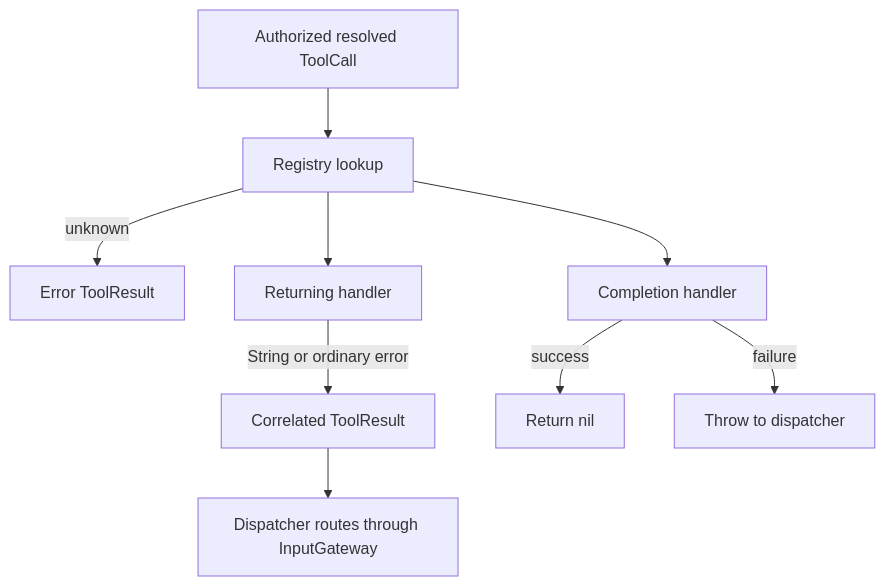
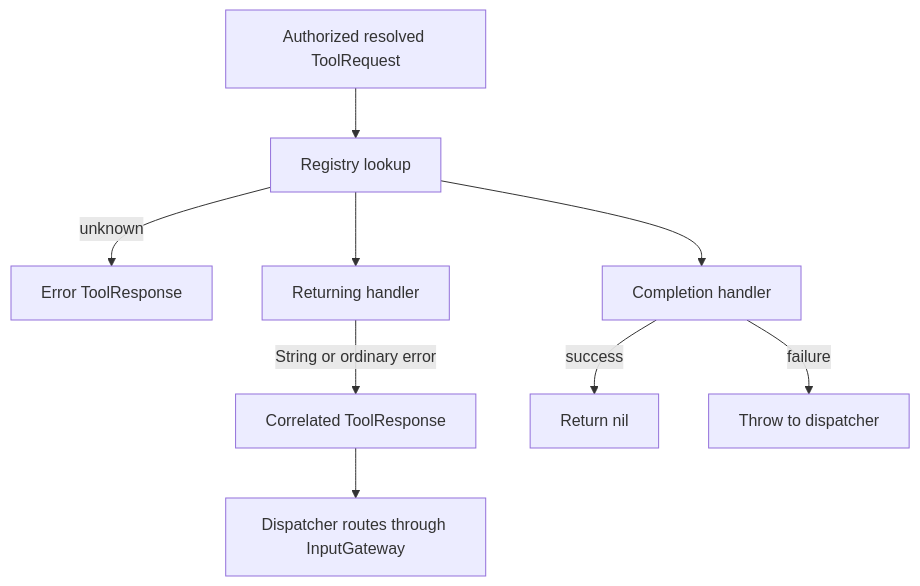
The second of 2 diagrams in MobileHarness/Tools/Runtime/README.md (devilyouwei/MobileHarness), drawn with Mermaid before and after one commit. The commit also changed other lines of this file and 124 other files, not shown here.

````diff
--- a/MobileHarness/Tools/Runtime/README.md
+++ b/MobileHarness/Tools/Runtime/README.md
@@ -32,11 +32,11 @@
 ```mermaid
 flowchart TD
-    Call[Authorized resolved ToolCall] --> Lookup[Registry lookup]
-    Lookup -->|unknown| Error[Error ToolResult]
+    Call[Authorized resolved ToolRequest] --> Lookup[Registry lookup]
+    Lookup -->|unknown| Error[Error ToolResponse]
     Lookup --> Returning[Returning handler]
     Lookup --> Completion[Completion handler]
-    Returning -->|String or ordinary error| Result[Correlated ToolResult]
+    Returning -->|String or ordinary error| Result[Correlated ToolResponse]
     Completion -->|success| Done[Return nil]
     Completion -->|failure| Throw[Throw to dispatcher]
     Result --> Input[Dispatcher routes through InputGateway]
 ```
````
